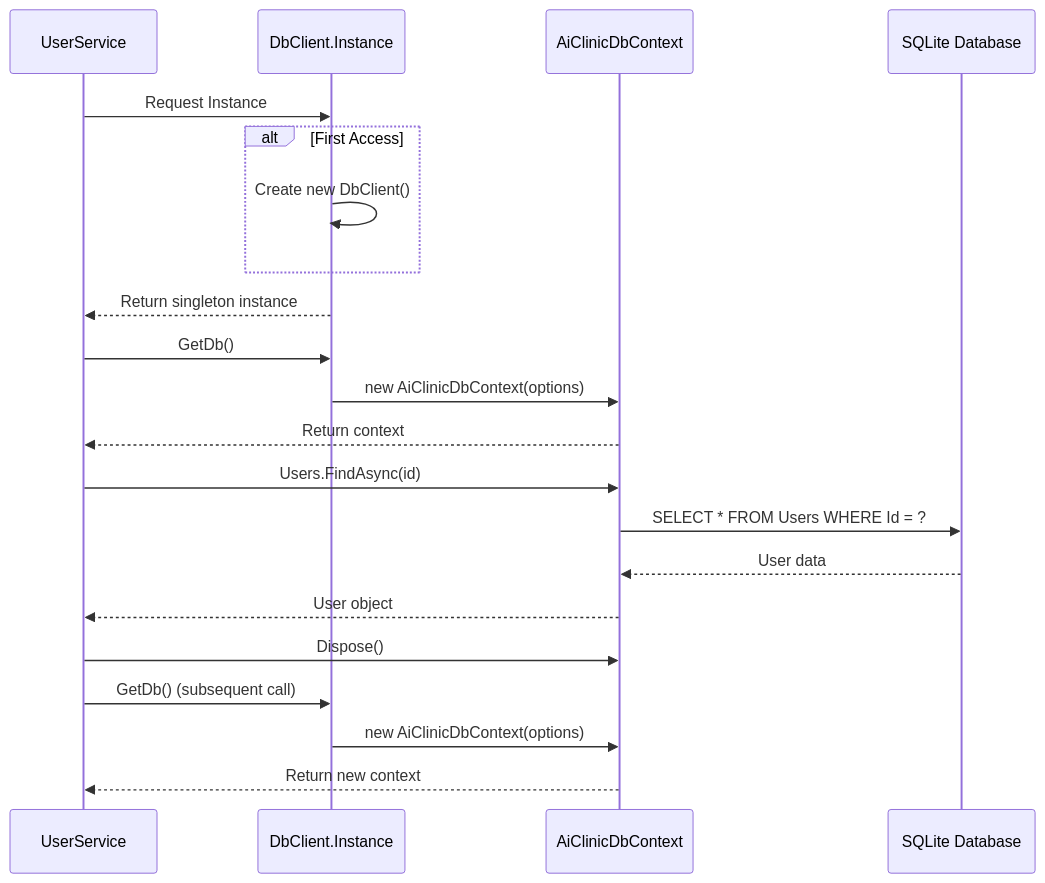
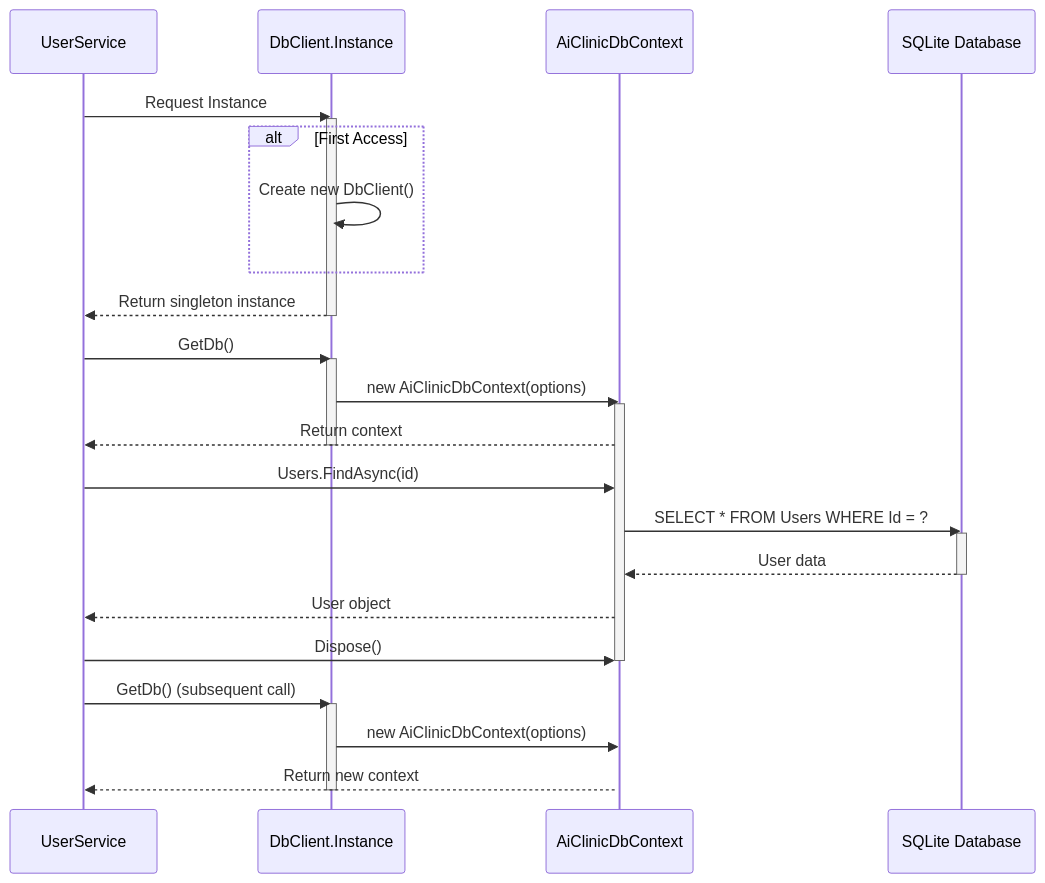
The second of 12 diagrams in DESIGN_PATTERNS_PROFESSIONAL.md (WeiXuan-C/ai-clinic), drawn with Mermaid before and after one commit. The commit also changed other lines of this file and 17 other files, not shown here.

````diff
--- a/DESIGN_PATTERNS_PROFESSIONAL.md
+++ b/DESIGN_PATTERNS_PROFESSIONAL.md
@@ -101,30 +57,41 @@
 ```mermaid
 sequenceDiagram
     participant Service as UserService
     participant Singleton as DbClient.Instance
     participant Context as AiClinicDbContext
     participant DB as SQLite Database
     
     Service->>Singleton: Request Instance
+    activate Singleton
     
     alt First Access
         Singleton->>Singleton: Create new DbClient()
     end
     
     Singleton-->>Service: Return singleton instance
+    deactivate Singleton
     
     Service->>Singleton: GetDb()
+    activate Singleton
     Singleton->>Context: new AiClinicDbContext(options)
+    activate Context
     Context-->>Service: Return context
+    deactivate Singleton
     
     Service->>Context: Users.FindAsync(id)
     Context->>DB: SELECT * FROM Users WHERE Id = ?
+    activate DB
     DB-->>Context: User data
+    deactivate DB
     Context-->>Service: User object
     
     Service->>Context: Dispose()
+    deactivate Context
     
     Service->>Singleton: GetDb() (subsequent call)
+    activate Singleton
     Singleton->>Context: new AiClinicDbContext(options)
+    activate Context
     Context-->>Service: Return new context
+    deactivate Singleton
 ```
````
